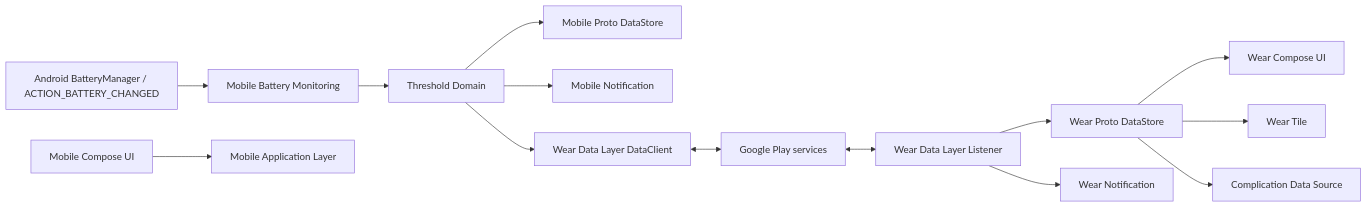
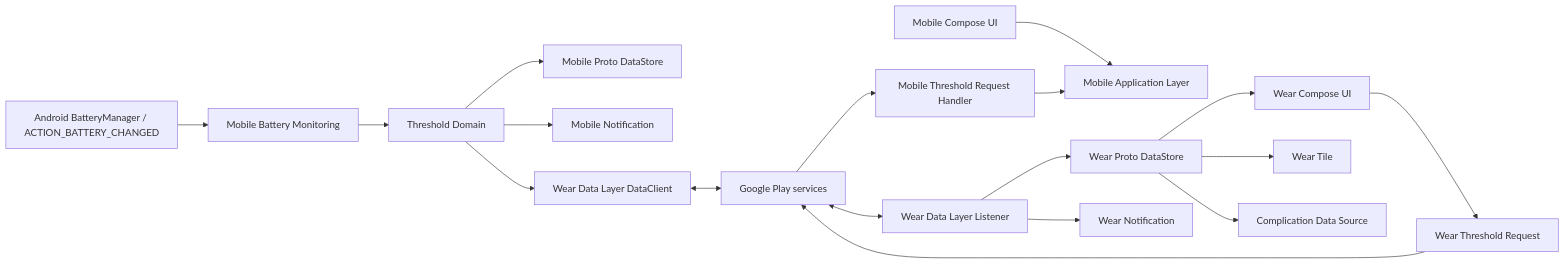
Before and after one commit to YoshihisaSaitou/battery-notifier: the diagram in docs/system-architecture-design.md, drawn with Mermaid. The commit also changed other lines of this file and 60 other files, not shown here.

````diff
--- a/docs/system-architecture-design.md
+++ b/docs/system-architecture-design.md
@@ -20,16 +20,20 @@
 ```mermaid
 flowchart LR
     Battery["Android BatteryManager / ACTION_BATTERY_CHANGED"] --> MobileMonitor["Mobile Battery Monitoring"]
     MobileUI["Mobile Compose UI"] --> MobileApp["Mobile Application Layer"]
     MobileMonitor --> MobileDomain["Threshold Domain"]
     MobileDomain --> MobileStore["Mobile Proto DataStore"]
     MobileDomain --> MobileNotify["Mobile Notification"]
     MobileDomain --> DataClient["Wear Data Layer DataClient"]
     DataClient <--> PlayServices["Google Play services"]
     PlayServices <--> WearListener["Wear Data Layer Listener"]
     WearListener --> WearStore["Wear Proto DataStore"]
     WearStore --> WearUI["Wear Compose UI"]
     WearStore --> Tile["Wear Tile"]
     WearStore --> Complication["Complication Data Source"]
     WearListener --> WearNotify["Wear Notification"]
+    WearUI --> WearCommand["Wear Threshold Request"]
+    WearCommand --> PlayServices
+    PlayServices --> MobileCommand["Mobile Threshold Request Handler"]
+    MobileCommand --> MobileApp
 ```
````
